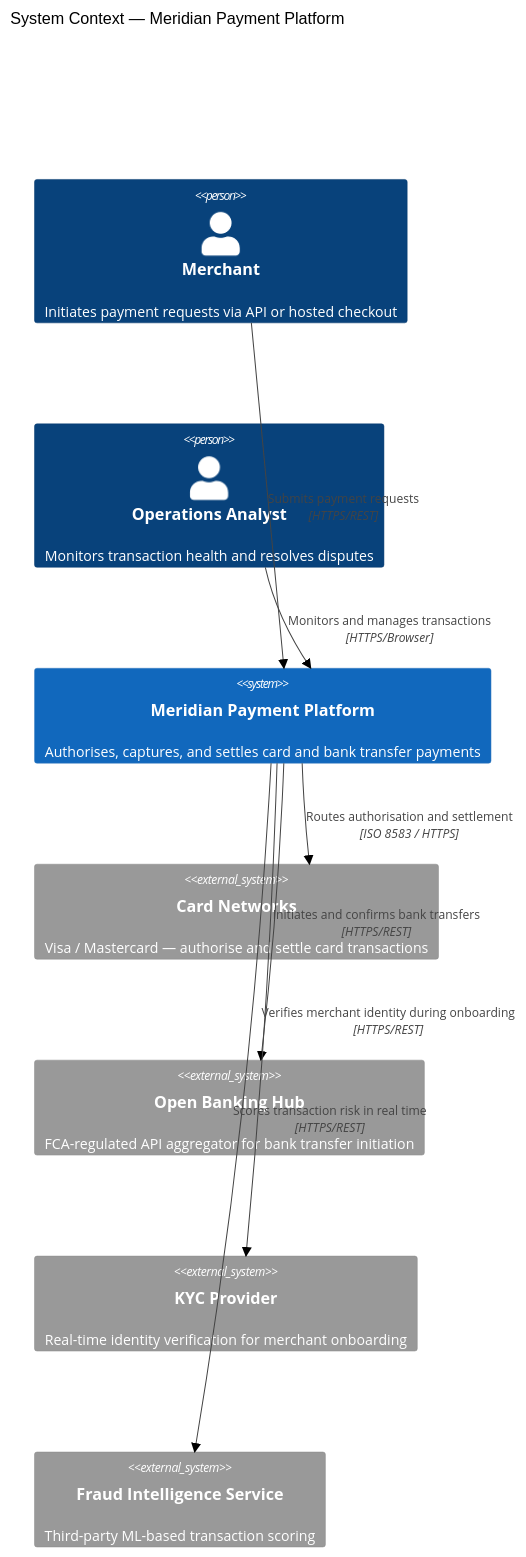
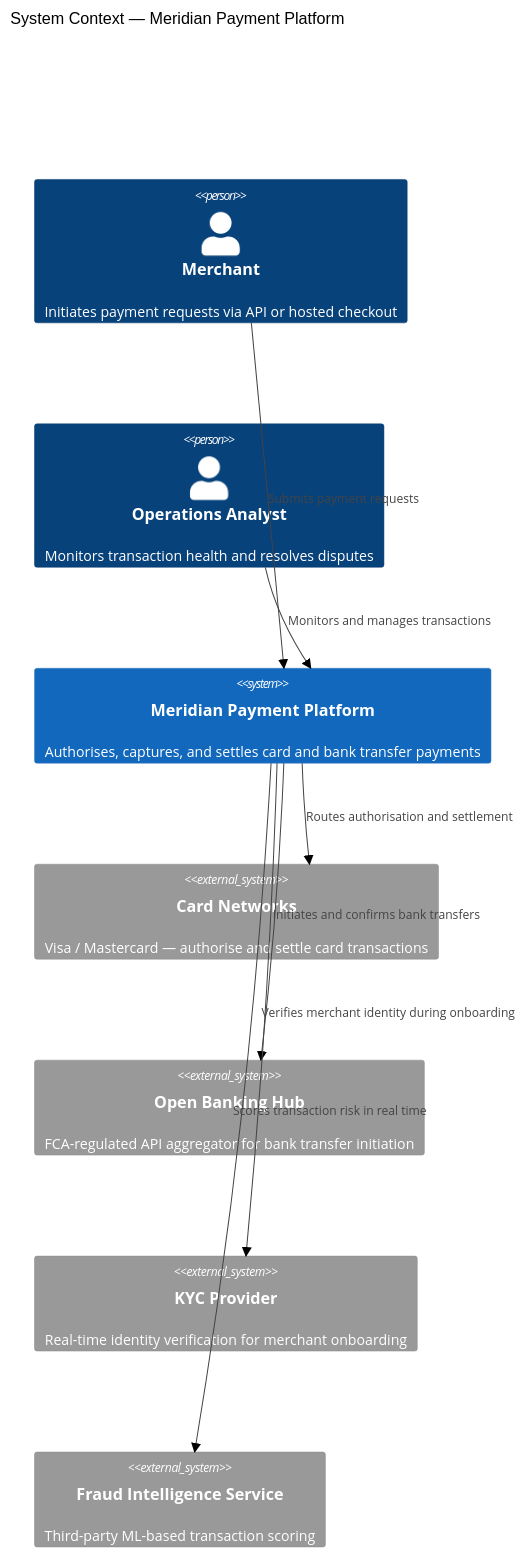
The first of 2 diagrams in docs/content/tracks/track-01-architecture/lesson-03-c4-model/index.md (mostafasroor1983/fintech-engineering-mastery), drawn with Mermaid (forest theme) before and after one commit. The commit also changed other lines of this file and 345 other files, not shown here.

````diff
--- a/docs/content/tracks/track-01-architecture/lesson-03-c4-model/index.md
+++ b/docs/content/tracks/track-01-architecture/lesson-03-c4-model/index.md
@@ -88,21 +88,21 @@
 ```mermaid
 C4Context
   title System Context — Meridian Payment Platform
 
   Person(merchant, "Merchant", "Initiates payment requests via API or hosted checkout")
   Person(ops, "Operations Analyst", "Monitors transaction health and resolves disputes")
 
   System(mpp, "Meridian Payment Platform", "Authorises, captures, and settles card and bank transfer payments")
 
   System_Ext(card_networks, "Card Networks", "Visa / Mastercard — authorise and settle card transactions")
   System_Ext(open_banking, "Open Banking Hub", "FCA-regulated API aggregator for bank transfer initiation")
   System_Ext(kyc_provider, "KYC Provider", "Real-time identity verification for merchant onboarding")
   System_Ext(fraud_engine, "Fraud Intelligence Service", "Third-party ML-based transaction scoring")
 
-  Rel(merchant, mpp, "Submits payment requests", "HTTPS/REST")
-  Rel(ops, mpp, "Monitors and manages transactions", "HTTPS/Browser")
-  Rel(mpp, card_networks, "Routes authorisation and settlement", "ISO 8583 / HTTPS")
-  Rel(mpp, open_banking, "Initiates and confirms bank transfers", "HTTPS/REST")
-  Rel(mpp, kyc_provider, "Verifies merchant identity during onboarding", "HTTPS/REST")
-  Rel(mpp, fraud_engine, "Scores transaction risk in real time", "HTTPS/REST")
+  Rel(merchant, mpp, "Submits payment requests")
+  Rel(ops, mpp, "Monitors and manages transactions")
+  Rel(mpp, card_networks, "Routes authorisation and settlement")
+  Rel(mpp, open_banking, "Initiates and confirms bank transfers")
+  Rel(mpp, kyc_provider, "Verifies merchant identity during onboarding")
+  Rel(mpp, fraud_engine, "Scores transaction risk in real time")
 ```
````
